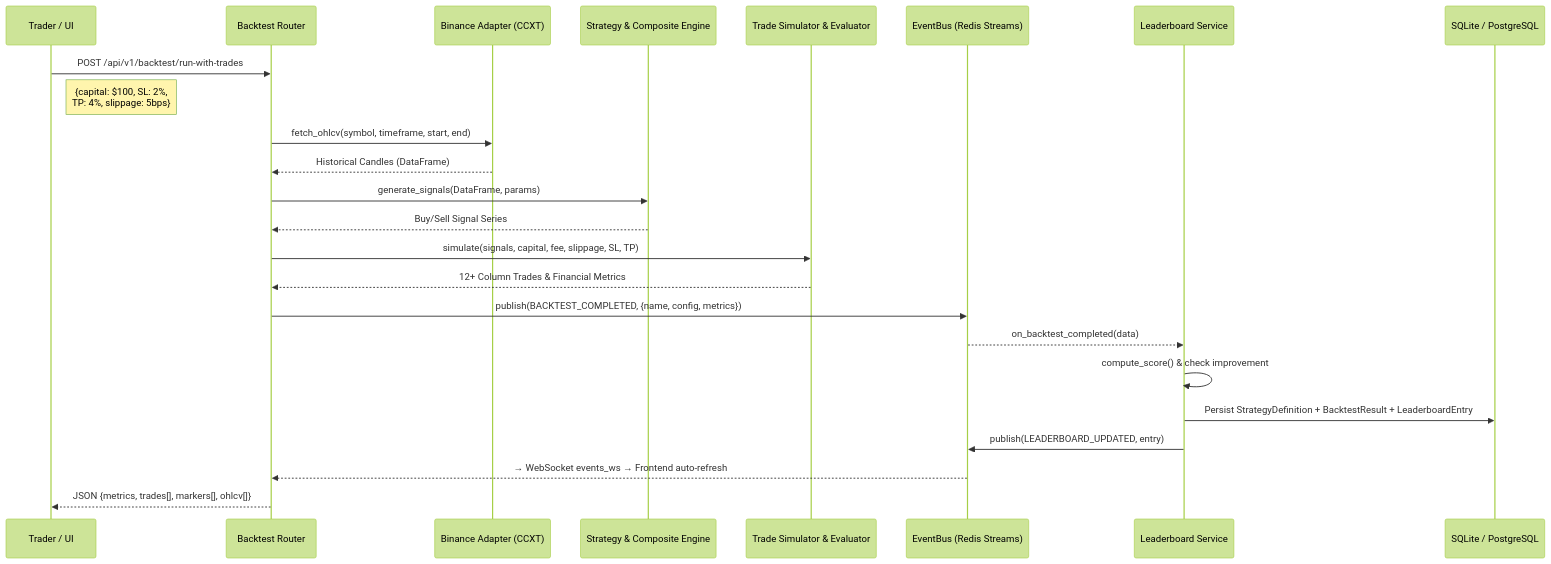
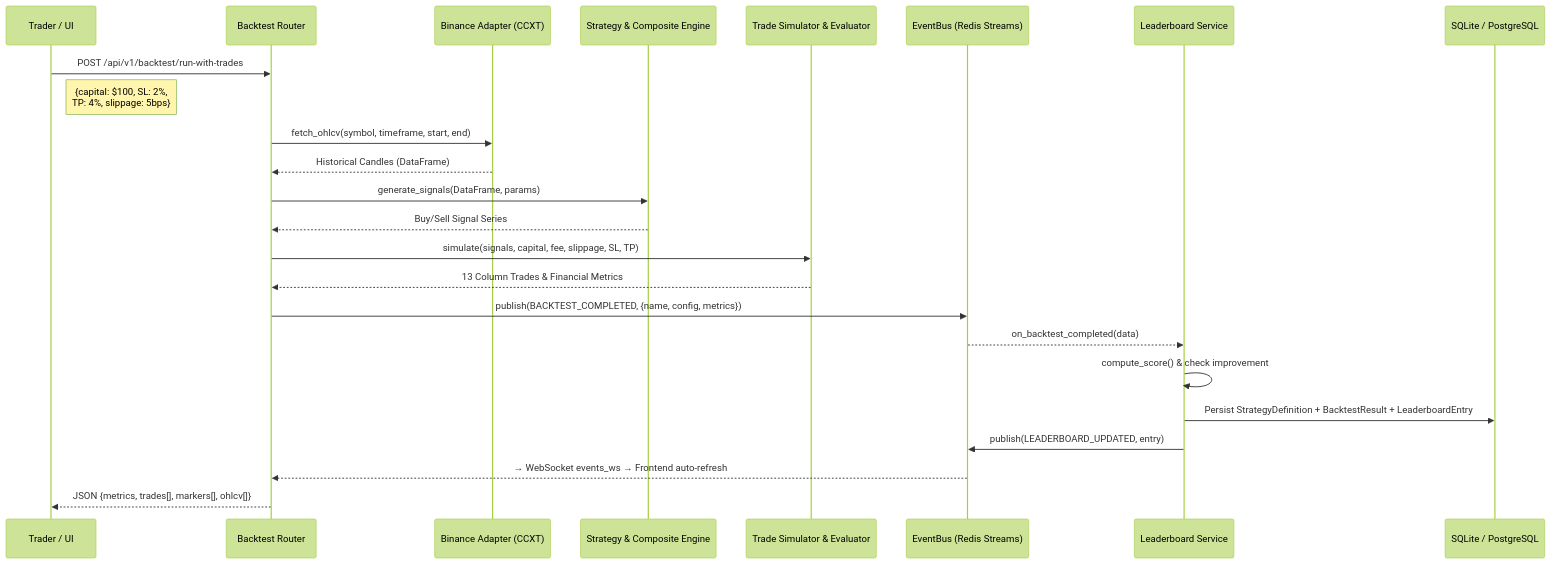
Before and after one commit to ngnam2012/KTPM-crypto-project: the fourth of 6 diagrams in docs/architecture.md, drawn with Mermaid (forest theme). The commit also changed other lines of this file and 6 other files, not shown here.

````diff
--- a/docs/architecture.md
+++ b/docs/architecture.md
@@ -215,27 +239,27 @@
 ```mermaid
 sequenceDiagram
     participant User as Trader / UI
     participant API as Backtest Router
     participant Adapter as Binance Adapter (CCXT)
     participant Engine as Strategy & Composite Engine
     participant Sim as Trade Simulator & Evaluator
     participant Bus as EventBus (Redis Streams)
     participant LB as Leaderboard Service
     participant DB as SQLite / PostgreSQL
 
     User->>API: POST /api/v1/backtest/run-with-trades
     Note right of User: {capital: $100, SL: 2%,<br/>TP: 4%, slippage: 5bps}
     API->>Adapter: fetch_ohlcv(symbol, timeframe, start, end)
     Adapter-->>API: Historical Candles (DataFrame)
     API->>Engine: generate_signals(DataFrame, params)
     Engine-->>API: Buy/Sell Signal Series
     API->>Sim: simulate(signals, capital, fee, slippage, SL, TP)
-    Sim-->>API: 12+ Column Trades & Financial Metrics
+    Sim-->>API: 13 Column Trades & Financial Metrics
     API->>Bus: publish(BACKTEST_COMPLETED, {name, config, metrics})
     Bus-->>LB: on_backtest_completed(data)
     LB->>LB: compute_score() & check improvement
     LB->>DB: Persist StrategyDefinition + BacktestResult + LeaderboardEntry
     LB->>Bus: publish(LEADERBOARD_UPDATED, entry)
     Bus-->>API: → WebSocket events_ws → Frontend auto-refresh
     API-->>User: JSON {metrics, trades[], markers[], ohlcv[]}
 ```
````
